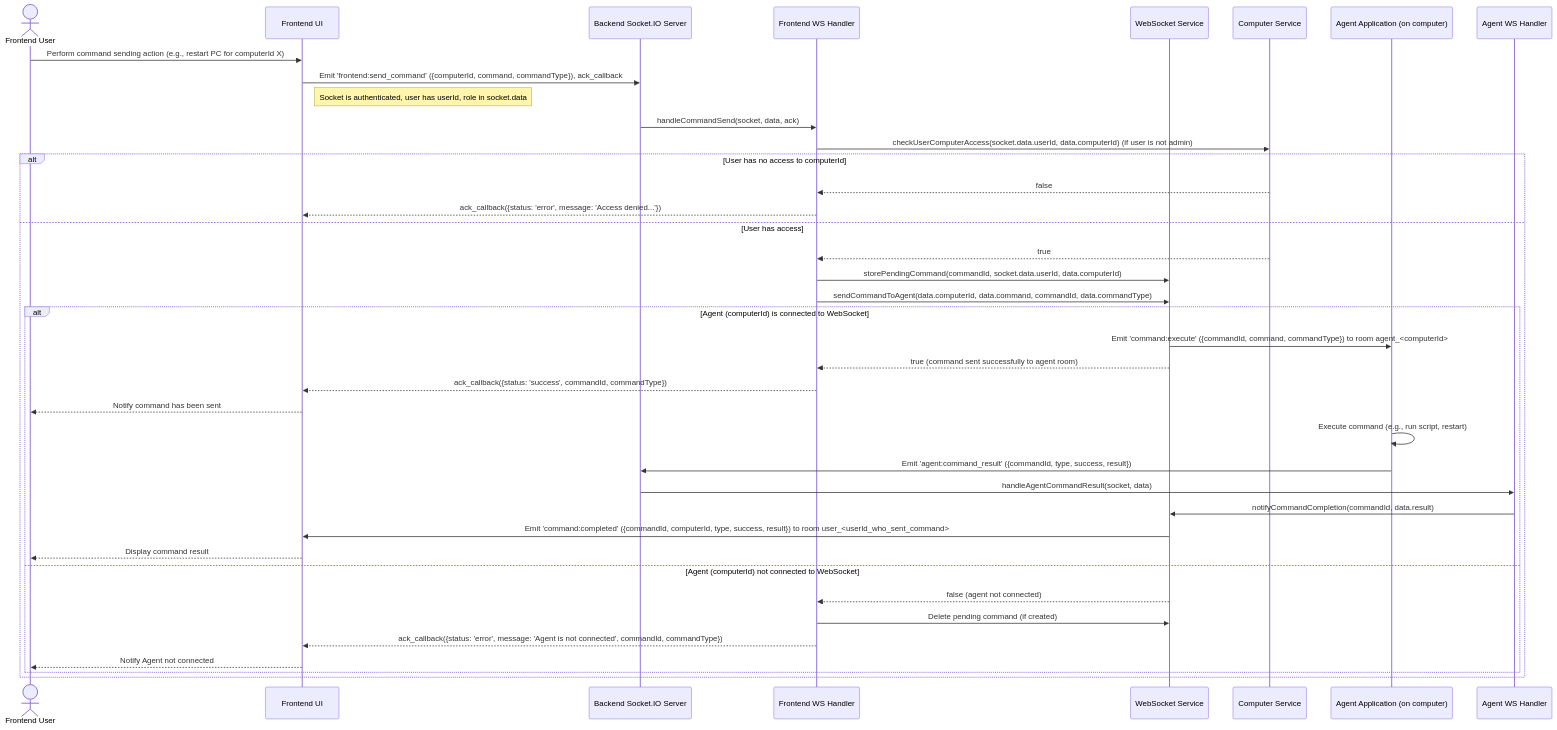
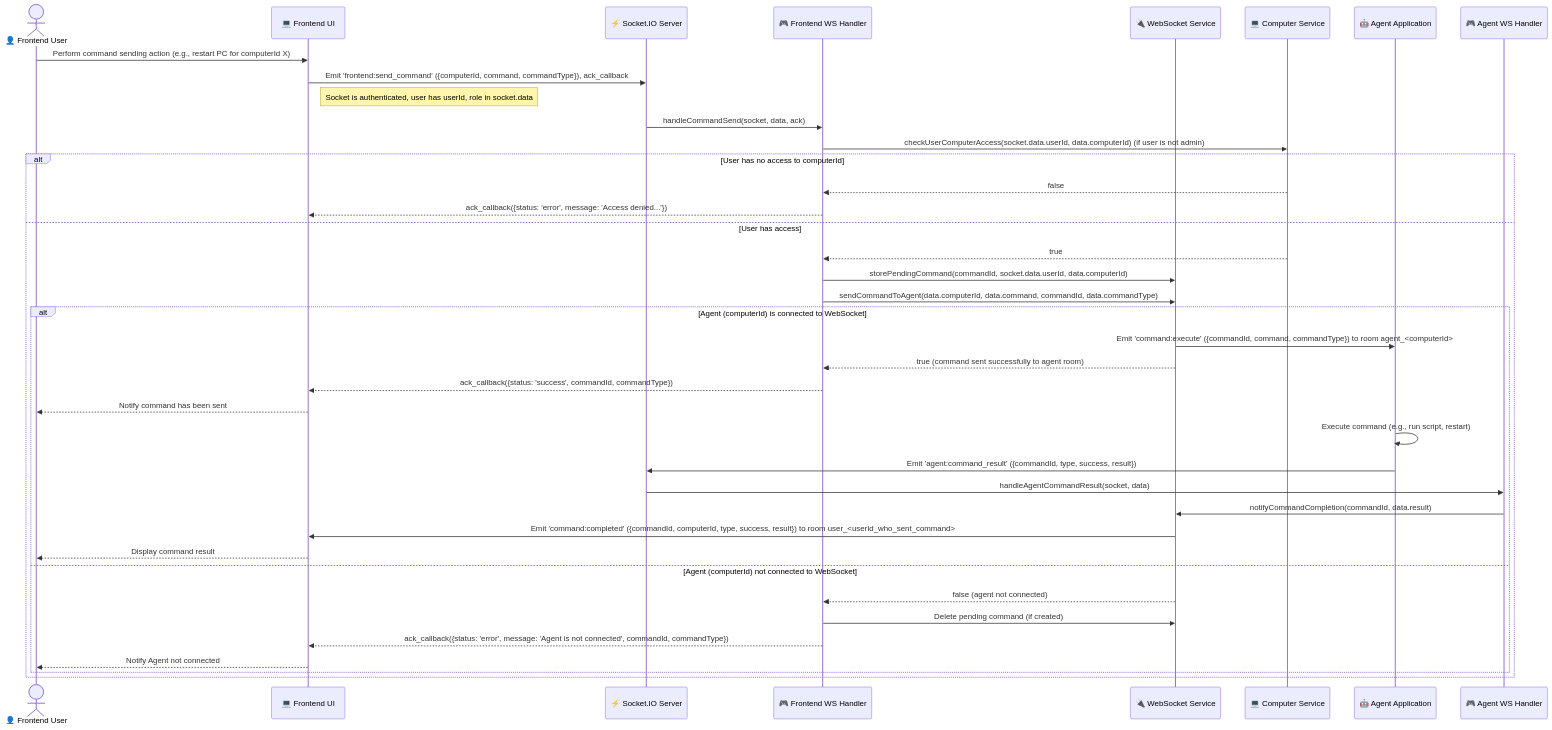
The eighth of 16 diagrams in backend/docs/flow.md (LoGGGG2402/computer-management-system), drawn with Mermaid before and after one commit. The commit also changed other lines of this file and 60 other files, not shown here.

````diff
--- a/backend/docs/flow.md
+++ b/backend/docs/flow.md
@@ -330,42 +267,42 @@
 ```mermaid
 sequenceDiagram
-    actor User as Frontend User
-    participant FE as Frontend UI
-    participant BE_SocketIO as Backend Socket.IO Server
-    participant FrontendHandler as Frontend WS Handler
-    participant WebSocketService as WebSocket Service
-    participant ComputerService as Computer Service
-    participant AgentApp as Agent Application (on computer)
-    participant AgentHandler as Agent WS Handler
+    actor User as 👤 Frontend User
+    participant FE as 💻 Frontend UI
+    participant BE_SocketIO as ⚡ Socket.IO Server
+    participant FrontendHandler as 🎮 Frontend WS Handler
+    participant WebSocketService as 🔌 WebSocket Service
+    participant ComputerService as 💻 Computer Service
+    participant AgentApp as 🤖 Agent Application
+    participant AgentHandler as 🎮 Agent WS Handler
 
     User->>FE: Perform command sending action (e.g., restart PC for computerId X)
     FE->>BE_SocketIO: Emit 'frontend:send_command' ({computerId, command, commandType}), ack_callback
     note right of FE: Socket is authenticated, user has userId, role in socket.data
     BE_SocketIO->>FrontendHandler: handleCommandSend(socket, data, ack)
     FrontendHandler->>ComputerService: checkUserComputerAccess(socket.data.userId, data.computerId) (if user is not admin)
     alt User has no access to computerId
         ComputerService-->>FrontendHandler: false
         FrontendHandler-->>FE: ack_callback({status: 'error', message: 'Access denied...'})
     else User has access
         ComputerService-->>FrontendHandler: true
         FrontendHandler->>WebSocketService: storePendingCommand(commandId, socket.data.userId, data.computerId)
         FrontendHandler->>WebSocketService: sendCommandToAgent(data.computerId, data.command, commandId, data.commandType)
         alt Agent (computerId) is connected to WebSocket
             WebSocketService->>AgentApp: Emit 'command:execute' ({commandId, command, commandType}) to room agent_<computerId>
             WebSocketService-->>FrontendHandler: true (command sent successfully to agent room)
             FrontendHandler-->>FE: ack_callback({status: 'success', commandId, commandType})
             FE-->>User: Notify command has been sent
             AgentApp->>AgentApp: Execute command (e.g., run script, restart)
             AgentApp->>BE_SocketIO: Emit 'agent:command_result' ({commandId, type, success, result})
             BE_SocketIO->>AgentHandler: handleAgentCommandResult(socket, data)
             AgentHandler->>WebSocketService: notifyCommandCompletion(commandId, data.result)
             WebSocketService->>FE: Emit 'command:completed' ({commandId, computerId, type, success, result}) to room user_<userId_who_sent_command>
             FE-->>User: Display command result
         else Agent (computerId) not connected to WebSocket
             WebSocketService-->>FrontendHandler: false (agent not connected)
             FrontendHandler->>WebSocketService: Delete pending command (if created)
             FrontendHandler-->>FE: ack_callback({status: 'error', message: 'Agent is not connected', commandId, commandType})
             FE-->>User: Notify Agent not connected
         end
     end
 ```
````
